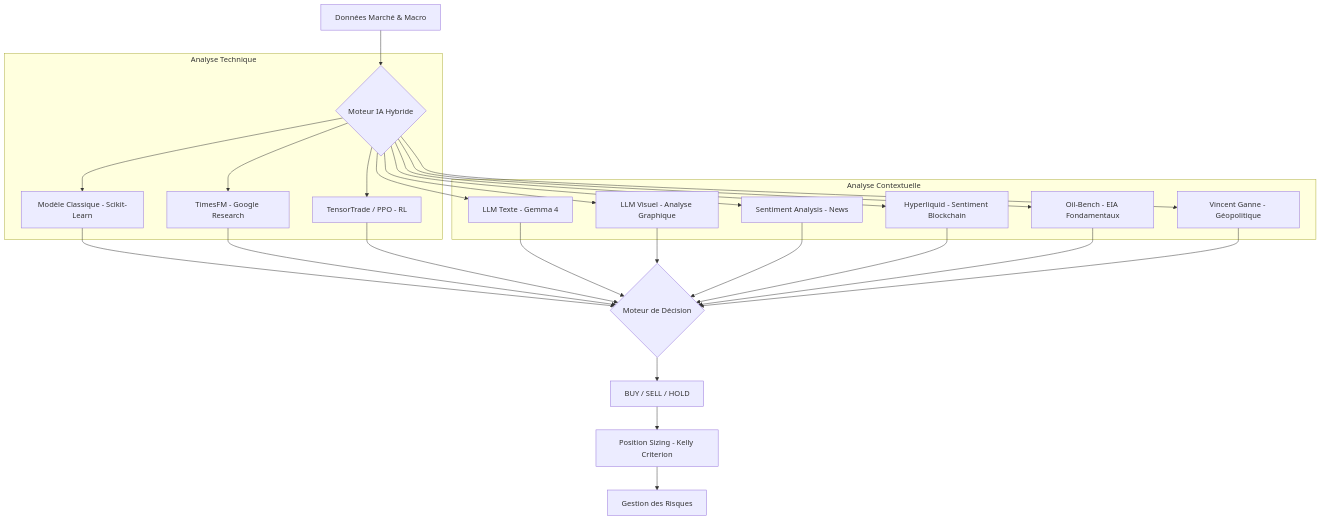
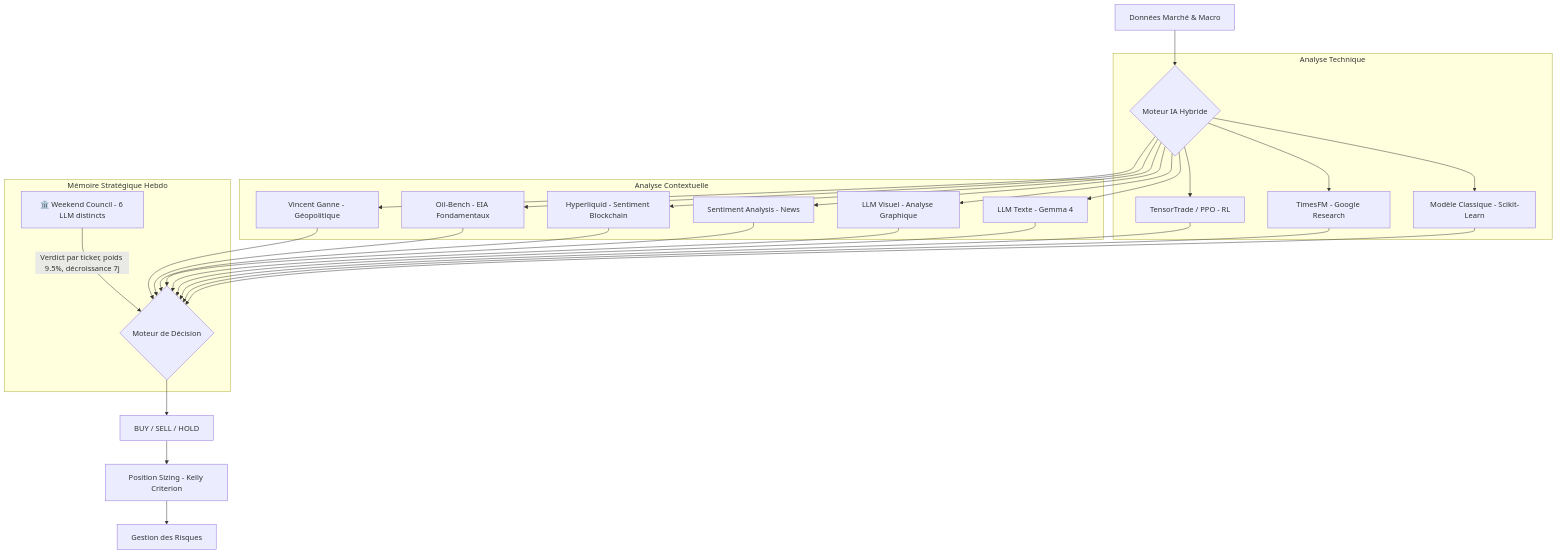
Before and after one commit to laurentvv/Trading-AI: the diagram in SYSTEM_SUMMARY.md, drawn with Mermaid. The commit also changed other lines of this file and 8 other files, not shown here.

First line of the commit message:
docs(council): document the weekend council as the 11th consensus voice

````diff
--- a/SYSTEM_SUMMARY.md
+++ b/SYSTEM_SUMMARY.md
@@ -9,25 +9,30 @@
 ```mermaid
 graph TD
     A[Données Marché & Macro] --> B{Moteur IA Hybride}
 
     subgraph "Analyse Technique"
     B --> C[Modèle Classique - Scikit-Learn]
     B --> D[TimesFM - Google Research]
     B --> TT[TensorTrade / PPO - RL]
     end
 
     subgraph "Analyse Contextuelle"
     B --> E[LLM Texte - Gemma 4]
     B --> F[LLM Visuel - Analyse Graphique]
     B --> G[Sentiment Analysis - News]
     B --> HL[Hyperliquid - Sentiment Blockchain]
     B --> OB[Oil-Bench - EIA Fondamentaux]
     B --> VG[Vincent Ganne - Géopolitique]
     end
 
+    subgraph "Mémoire Stratégique Hebdo"
+    WC[🏛️ Weekend Council - 6 LLM distincts]
+    WC -->|Verdict par ticker, poids 9.5%, décroissance 7j| H
+    end
+
     C & D & TT & E & F & G & HL & OB & VG --> H{Moteur de Décision}
 
     H --> I[BUY / SELL / HOLD]
     I --> J[Position Sizing - Kelly Criterion]
     J --> K[Gestion des Risques]
 ```
````
